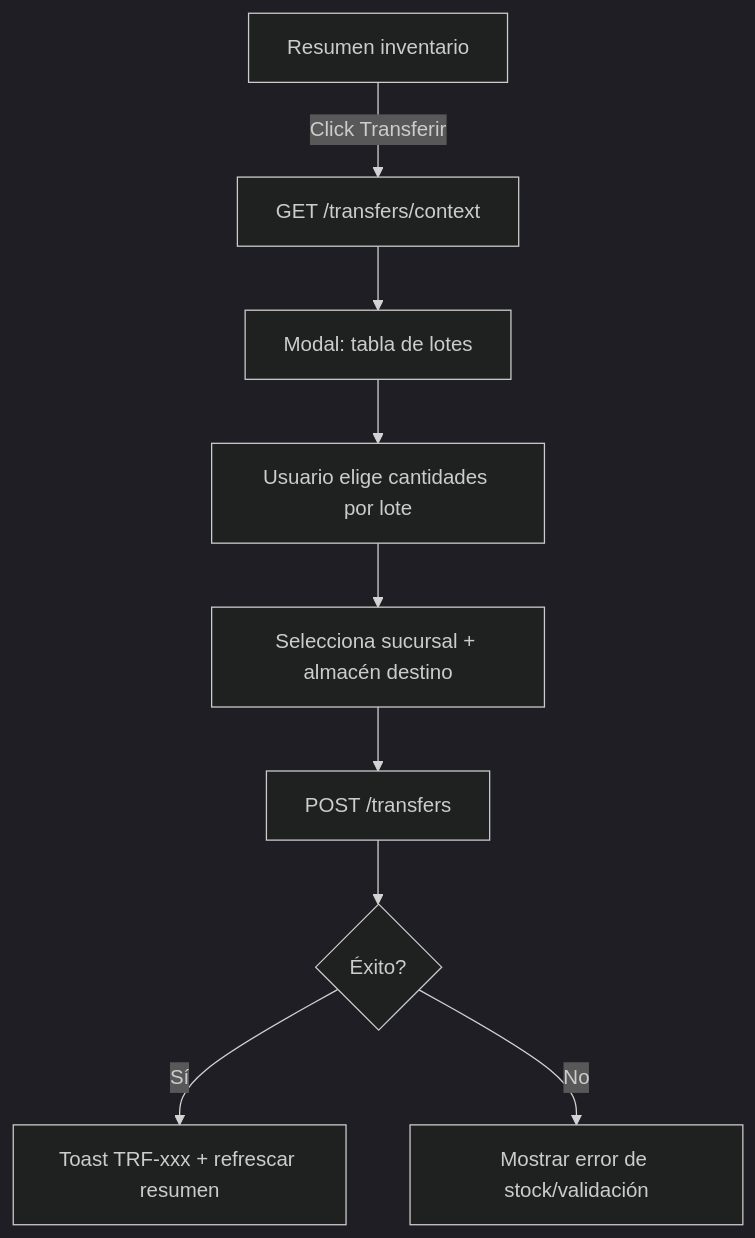
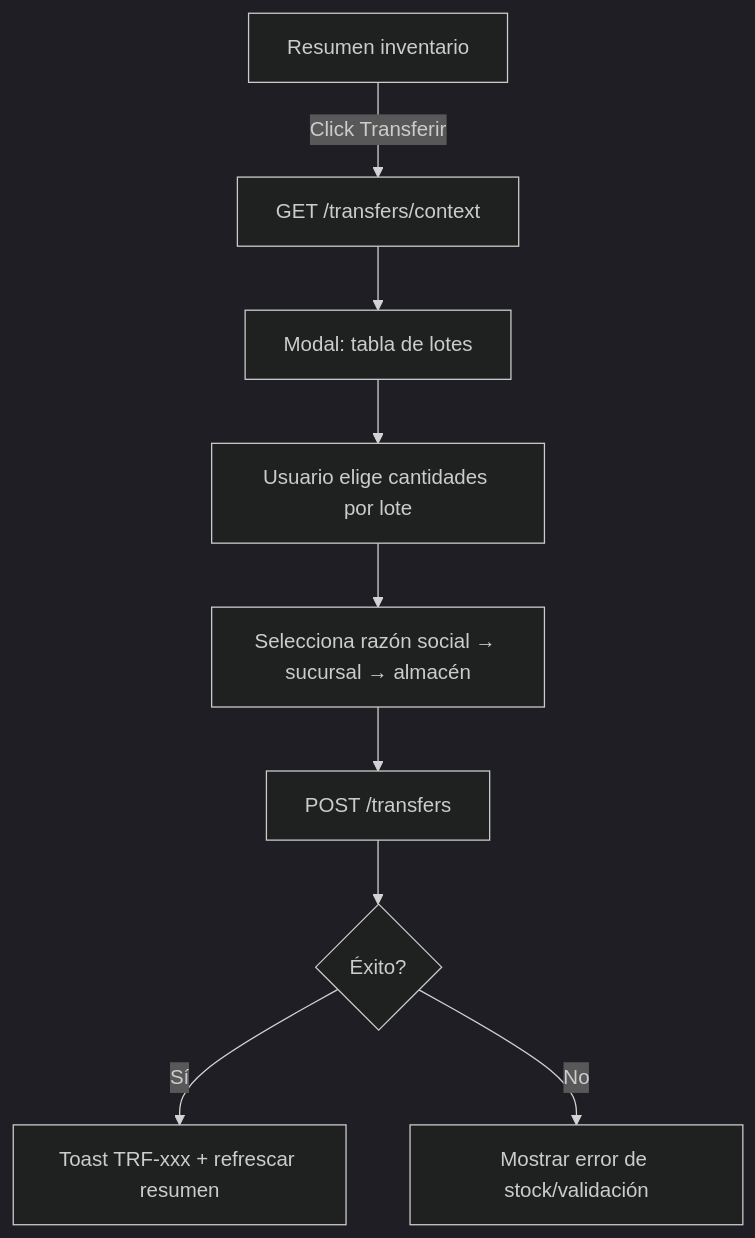
One commit to sinergy-digital-mx/sinergy-erp-backend-clients changed the first of 2 diagrams in src/api/inventory/docs/UI_INVENTORY_TRANSFERS.md. Above: the diagram before and after it, drawn with Mermaid (dark theme). The commit also changed other lines of this file and 31 other files, not shown here.

````diff
--- a/src/api/inventory/docs/UI_INVENTORY_TRANSFERS.md
+++ b/src/api/inventory/docs/UI_INVENTORY_TRANSFERS.md
@@ -355,11 +449,11 @@
 ```mermaid
 flowchart TD
     A[Resumen inventario] -->|Click Transferir| B[GET /transfers/context]
     B --> C[Modal: tabla de lotes]
     C --> D[Usuario elige cantidades por lote]
-    D --> E[Selecciona sucursal + almacén destino]
+    D --> E[Selecciona razón social → sucursal → almacén]
     E --> F[POST /transfers]
     F --> G{Éxito?}
     G -->|Sí| H[Toast TRF-xxx + refrescar resumen]
     G -->|No| I[Mostrar error de stock/validación]
 ```
````
